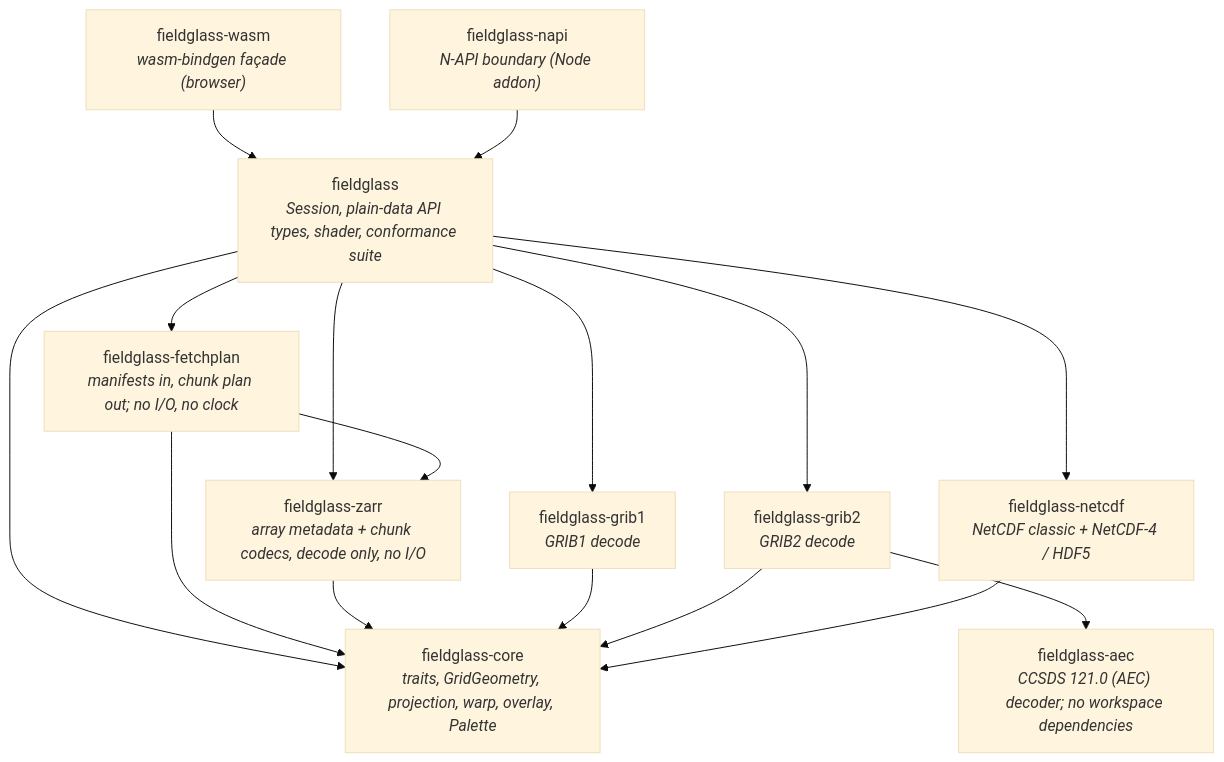
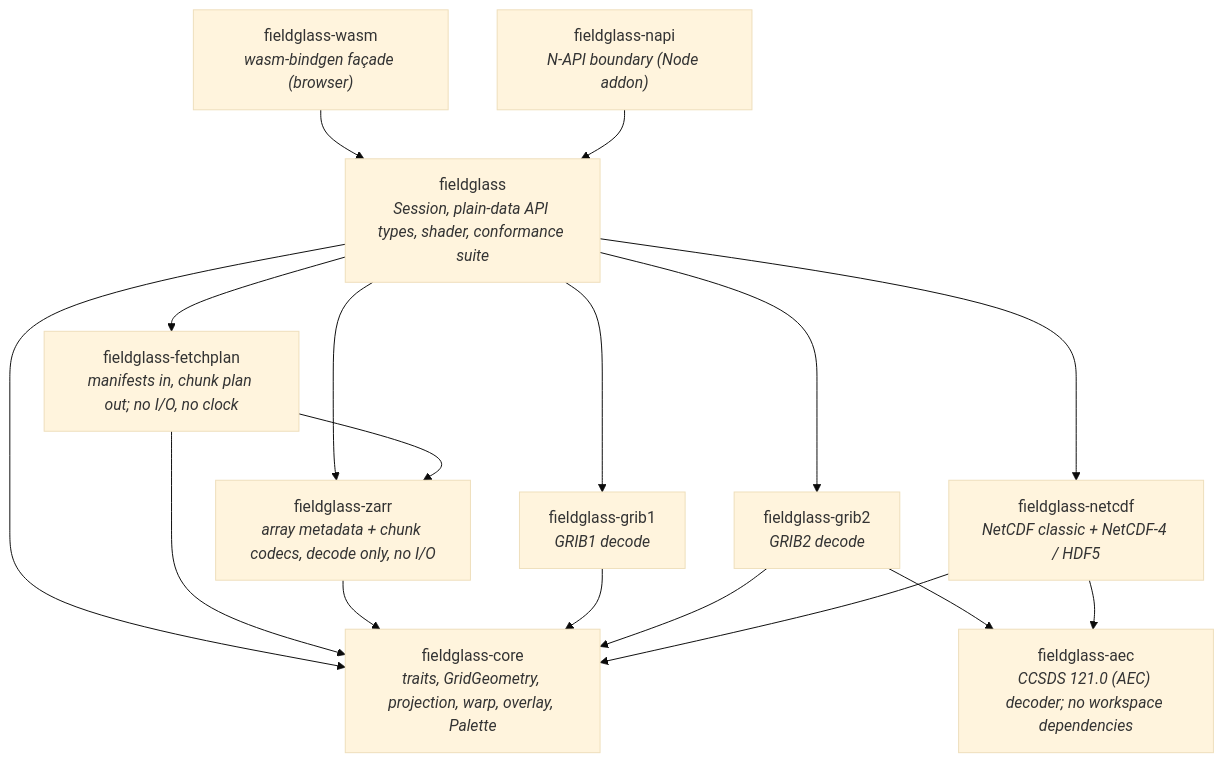
The diagram in docs/architecture/01-crates.md (D0ubleD0uble/fieldglass), drawn with Mermaid (base theme) before and after one commit. The commit also changed other lines of this file and 14 other files, not shown here.

````diff
--- a/docs/architecture/01-crates.md
+++ b/docs/architecture/01-crates.md
@@ -19,29 +19,30 @@
 ```mermaid
 flowchart TD
     napi["fieldglass-napi<br/><i>N-API boundary (Node addon)</i>"]
     wasm["fieldglass-wasm<br/><i>wasm-bindgen façade (browser)</i>"]
     fieldglass["fieldglass<br/><i>Session, plain-data API types, shader, conformance suite</i>"]
     grib1["fieldglass-grib1<br/><i>GRIB1 decode</i>"]
     grib2["fieldglass-grib2<br/><i>GRIB2 decode</i>"]
     netcdf["fieldglass-netcdf<br/><i>NetCDF classic + NetCDF-4 / HDF5</i>"]
     core["fieldglass-core<br/><i>traits, GridGeometry, projection, warp, overlay, Palette</i>"]
     fetchplan["fieldglass-fetchplan<br/><i>manifests in, chunk plan out; no I/O, no clock</i>"]
     zarr["fieldglass-zarr<br/><i>array metadata + chunk codecs, decode only, no I/O</i>"]
     aec["fieldglass-aec<br/><i>CCSDS 121.0 (AEC) decoder; no workspace dependencies</i>"]
 
     wasm --> fieldglass
     fieldglass --> grib1
     fieldglass --> grib2
     fieldglass --> netcdf
     fieldglass --> zarr
     fieldglass --> core
     fieldglass --> fetchplan
     napi --> fieldglass
     fetchplan --> core
     fetchplan --> zarr
     zarr --> core
     grib1 --> core
     grib2 --> core
     grib2 --> aec
     netcdf --> core
+    netcdf --> aec
 ```
````
